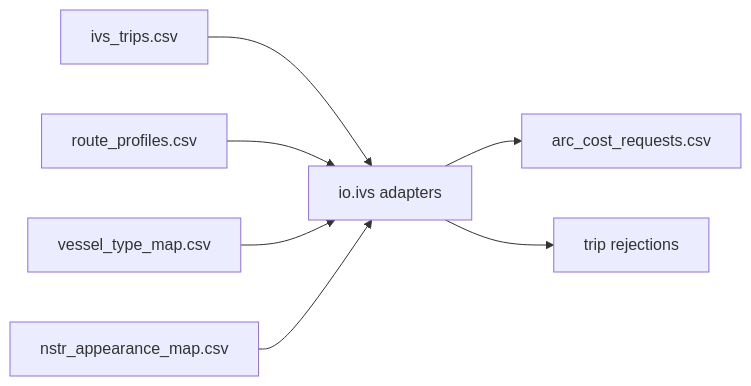
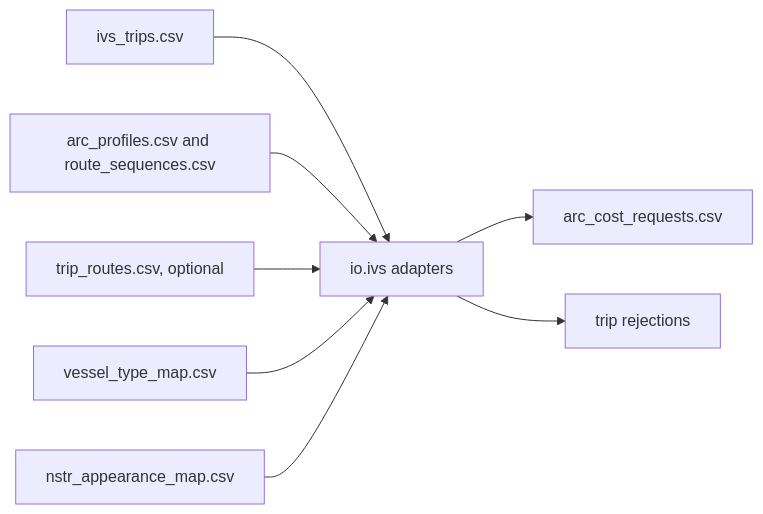
One commit to Deltares-research/iww-route-assignment changed the second of 2 diagrams in schemas/README.md. Above: the diagram before and after it, drawn with Mermaid. The commit also changed other lines of this file and 5 other files, not shown here.

Commit message:
schemas: add route templates and update request columns

````diff
--- a/schemas/README.md
+++ b/schemas/README.md
@@ -63,9 +65,10 @@
 ```mermaid
 flowchart LR
     A[ivs_trips.csv] --> P[io.ivs adapters]
-    B[route_profiles.csv] --> P
+    B[arc_profiles.csv and route_sequences.csv] --> P
+    R[trip_routes.csv, optional] --> P
     C[vessel_type_map.csv] --> P
     D[nstr_appearance_map.csv] --> P
     P --> E[arc_cost_requests.csv]
     P --> F[trip rejections]
 ```
````
